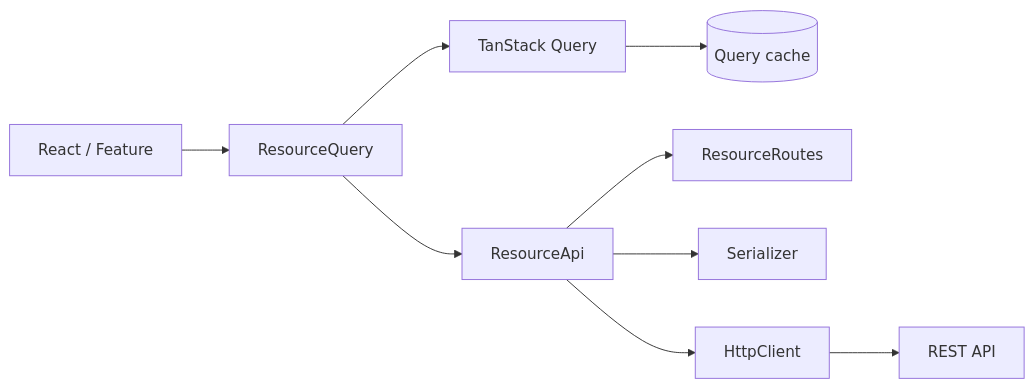
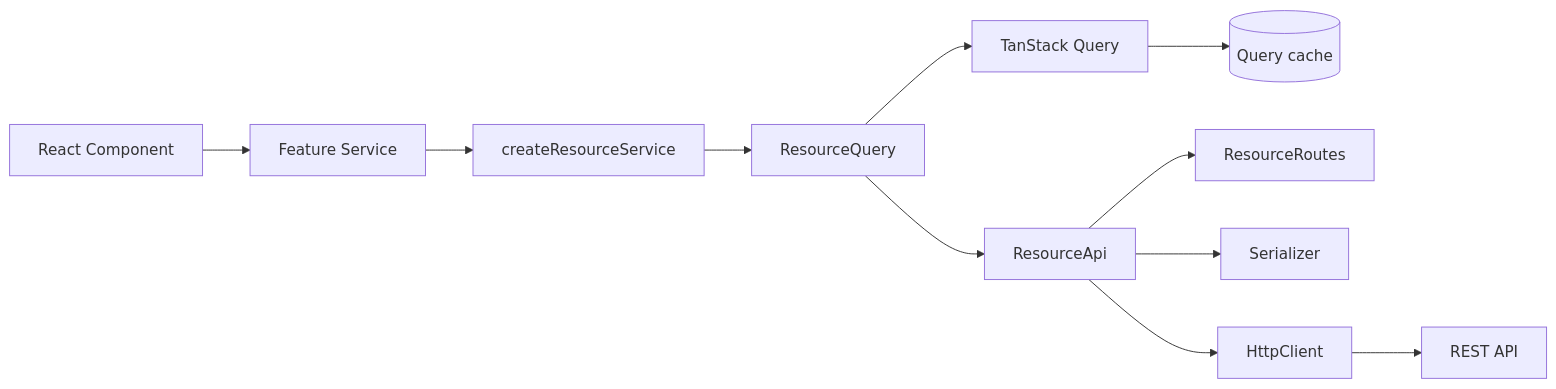
The first of 5 diagrams in README.md (olivierHuvelle/front-template), drawn with Mermaid before and after one commit. The commit also changed other lines of this file, not shown here.

Commit message:
feat(service): add generic resource service

````diff
--- a/README.md
+++ b/README.md
@@ -17,11 +17,13 @@
 ```mermaid
 flowchart LR
-    UI[React / Feature] --> Q[ResourceQuery]
+    UI[React Component] --> S[Feature Service]
+    S --> RS[createResourceService]
+    RS --> Q[ResourceQuery]
     Q --> TQ[TanStack Query]
     Q --> API[ResourceApi]
     TQ --> Cache[(Query cache)]
     API --> Routes[ResourceRoutes]
     API --> Serializer
     API --> HTTP[HttpClient]
     HTTP --> Backend[REST API]
 ```
````
